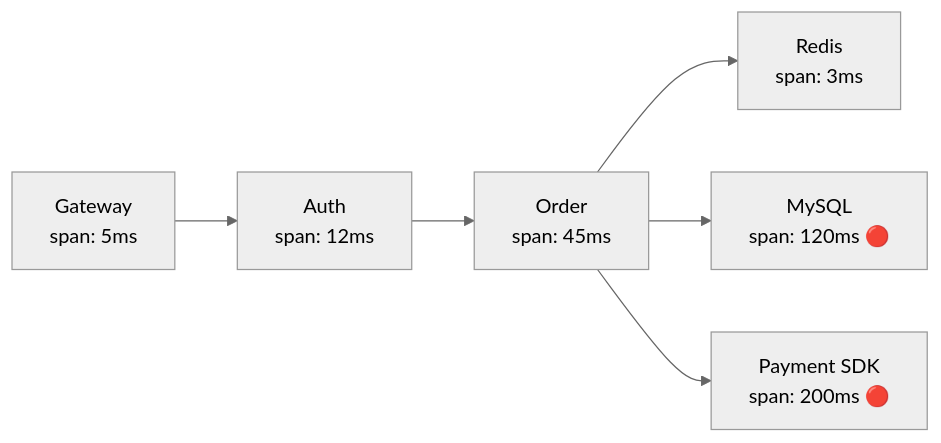
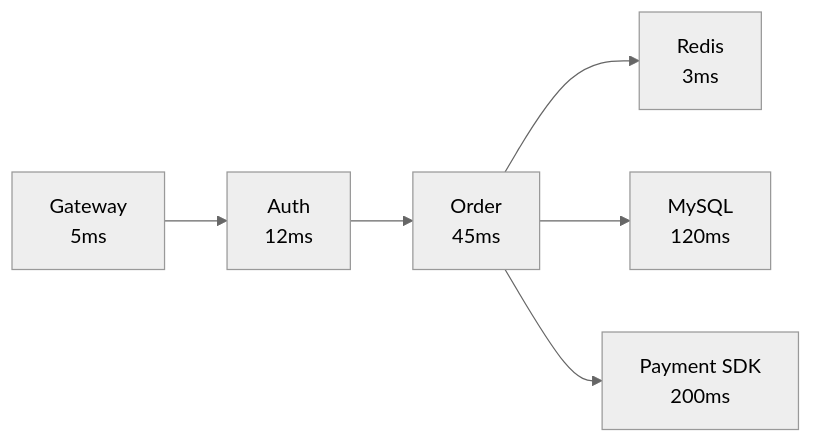
Before and after one commit to ml-cuizijun/LearnToLilith: the second of 5 diagrams in 09-可观测性与SRE方法论/01-可观测性三件套与选型/知识点.md, drawn with Mermaid (neutral theme). The commit also changed other lines of this file and 178 other files, not shown here.

````diff
--- a/09-可观测性与SRE方法论/01-可观测性三件套与选型/知识点.md
+++ b/09-可观测性与SRE方法论/01-可观测性三件套与选型/知识点.md
@@ -235,8 +215,8 @@
 ```mermaid
 flowchart LR
-    GATE["Gateway<br/>span: 5ms"] --> AUTH["Auth<br/>span: 12ms"]
-    AUTH --> ORDER["Order<br/>span: 45ms"]
-    ORDER --> CACHE["Redis<br/>span: 3ms"]
-    ORDER --> DB["MySQL<br/>span: 120ms 🔴"]
-    ORDER --> PAY["Payment SDK<br/>span: 200ms 🔴"]
+    GATE["Gateway<br/>5ms"] --> AUTH["Auth<br/>12ms"]
+    AUTH --> ORDER["Order<br/>45ms"]
+    ORDER --> CACHE["Redis<br/>3ms"]
+    ORDER --> DB["MySQL<br/>120ms"]
+    ORDER --> PAY["Payment SDK<br/>200ms"]
 ```
````
